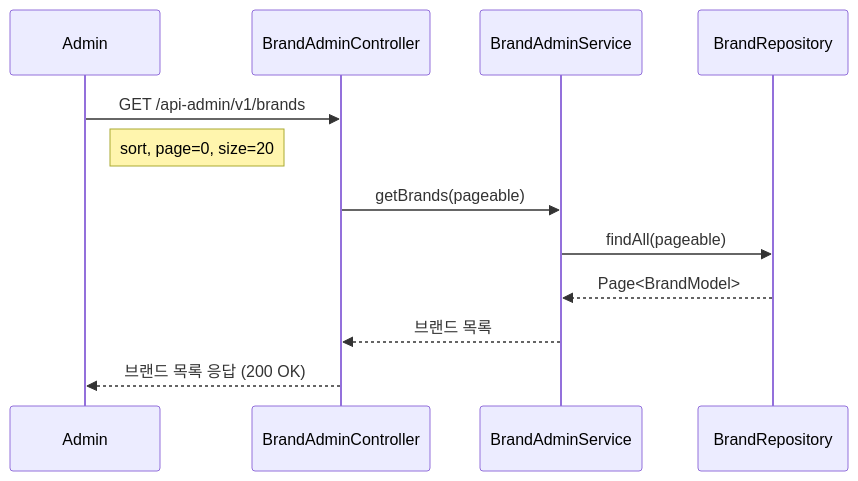
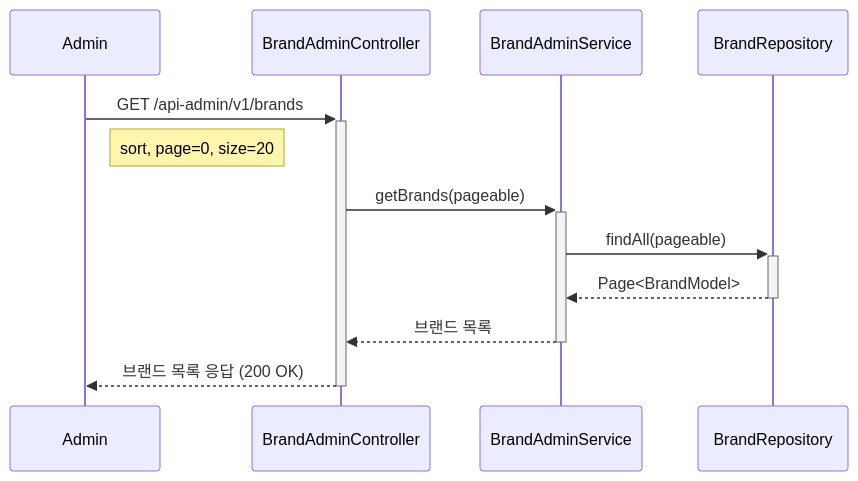
The fourth of 21 diagrams in .docs/design/02-sequence-diagrams.md (Loopers-dev-lab/loop-pack-be-l2-vol3-kotlin), drawn with Mermaid before and after one commit. The commit also changed other lines of this file, not shown here.

Commit message:
docs: 시퀀스 다이어그램 activation bar 추가

````diff
--- a/.docs/design/02-sequence-diagrams.md
+++ b/.docs/design/02-sequence-diagrams.md
@@ -102,15 +102,15 @@
 ```mermaid
 sequenceDiagram
     participant Admin
     participant BrandAdminController
     participant BrandAdminService
     participant BrandRepository
 
-    Admin ->> BrandAdminController: GET /api-admin/v1/brands
+    Admin ->>+ BrandAdminController: GET /api-admin/v1/brands
     Note right of Admin: sort, page=0, size=20
-    BrandAdminController ->> BrandAdminService: getBrands(pageable)
-    BrandAdminService ->> BrandRepository: findAll(pageable)
-    BrandRepository -->> BrandAdminService: Page<BrandModel>
-    BrandAdminService -->> BrandAdminController: 브랜드 목록
-    BrandAdminController -->> Admin: 브랜드 목록 응답 (200 OK)
+    BrandAdminController ->>+ BrandAdminService: getBrands(pageable)
+    BrandAdminService ->>+ BrandRepository: findAll(pageable)
+    BrandRepository -->>- BrandAdminService: Page<BrandModel>
+    BrandAdminService -->>- BrandAdminController: 브랜드 목록
+    BrandAdminController -->>- Admin: 브랜드 목록 응답 (200 OK)
 ```
````
